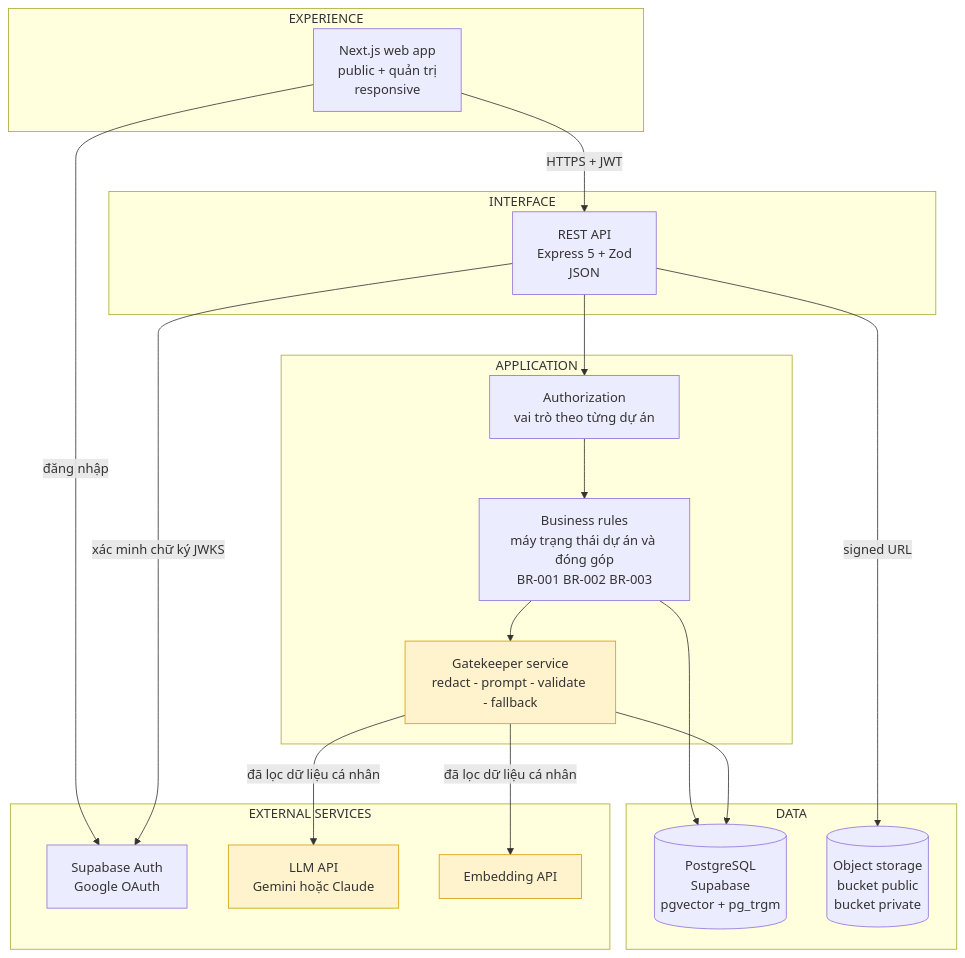
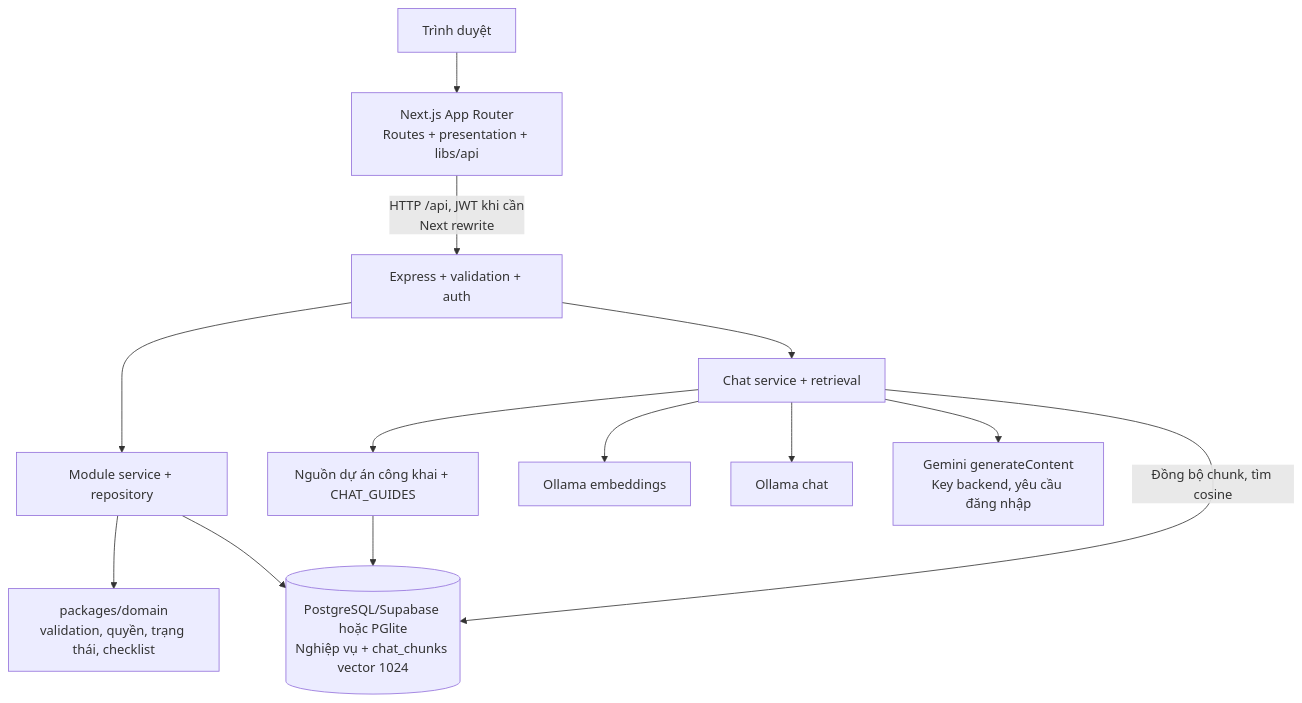
Before and after one commit to Ntpminzu/GomNang: the first of 3 diagrams in docs/architecture.md, drawn with Mermaid. The commit also changed other lines of this file and 24 other files, not shown here.

Commit message:
cập nhật doc theo yêu cầu cuối kì

````diff
--- a/docs/architecture.md
+++ b/docs/architecture.md
@@ -9,42 +7,15 @@
 ```mermaid
 flowchart TB
-    subgraph EXP["EXPERIENCE"]
-        WEB["Next.js web app<br/>public + quản trị<br/>responsive"]
-    end
-
-    subgraph IFACE["INTERFACE"]
-        API["REST API<br/>Express 5 + Zod<br/>JSON"]
-    end
-
-    subgraph APP["APPLICATION"]
-        DOMAIN["Business rules<br/>máy trạng thái dự án và đóng góp<br/>BR-001 BR-002 BR-003"]
-        GATE["Gatekeeper service<br/>redact - prompt - validate - fallback"]
-        AUTHZ["Authorization<br/>vai trò theo từng dự án"]
-    end
-
-    subgraph DATA["DATA"]
-        PG[("PostgreSQL<br/>Supabase<br/>pgvector + pg_trgm")]
-        OBJ[("Object storage<br/>bucket public<br/>bucket private")]
-    end
-
-    subgraph EXT["EXTERNAL SERVICES"]
-        IDP["Supabase Auth<br/>Google OAuth"]
-        LLM["LLM API<br/>Gemini hoặc Claude"]
-        EMB["Embedding API"]
-    end
-
-    WEB -->|"HTTPS + JWT"| API
-    WEB -->|"đăng nhập"| IDP
-    API --> AUTHZ --> DOMAIN
-    DOMAIN --> PG
-    DOMAIN --> GATE
-    GATE -->|"đã lọc dữ liệu cá nhân"| LLM
-    GATE -->|"đã lọc dữ liệu cá nhân"| EMB
-    GATE --> PG
-    API -->|"signed URL"| OBJ
-    API -->|"xác minh chữ ký JWKS"| IDP
-
-    style GATE fill:#fff3cd,stroke:#d39e00
-    style LLM fill:#fff3cd,stroke:#d39e00
-    style EMB fill:#fff3cd,stroke:#d39e00
+    U["Trình duyệt"] --> FE["Next.js App Router<br/>Routes + presentation + libs/api"]
+    FE -->|"HTTP /api, JWT khi cần<br/>Next rewrite"| API["Express + validation + auth"]
+    API --> BIZ["Module service + repository"]
+    BIZ --> DOMAIN["packages/domain<br/>validation, quyền, trạng thái, checklist"]
+    BIZ --> DB[("PostgreSQL/Supabase hoặc PGlite<br/>Nghiệp vụ + chat_chunks vector 1024")]
+    API --> CHAT["Chat service + retrieval"]
+    CHAT --> PUB["Nguồn dự án công khai + CHAT_GUIDES"]
+    PUB --> DB
+    CHAT -->|"Đồng bộ chunk, tìm cosine"| DB
+    CHAT --> EMB["Ollama embeddings"]
+    CHAT --> LOCAL["Ollama chat"]
+    CHAT --> CLOUD["Gemini generateContent<br/>Key backend, yêu cầu đăng nhập"]
 ```
````
